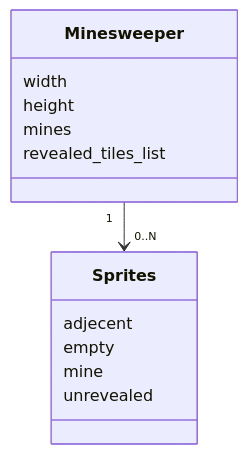
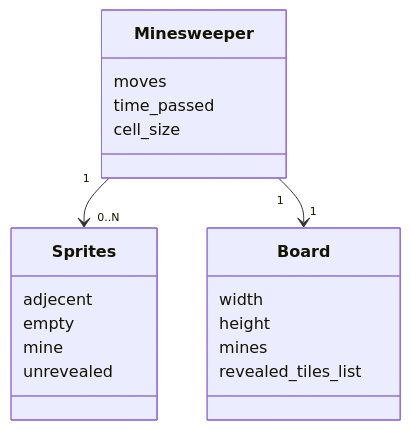
One commit to xelmas/ot-miinaharava changed the first of 2 diagrams in dokumentaatio/arkkitehtuuri.md. Above: the diagram before and after it, drawn with Mermaid. The commit also changed other lines of this file and 3 other files, not shown here.

````diff
--- a/dokumentaatio/arkkitehtuuri.md
+++ b/dokumentaatio/arkkitehtuuri.md
@@ -24,16 +24,22 @@
 ```mermaid
  classDiagram
       Minesweeper "1" --> "0..N" Sprites
+      Minesweeper "1" --> "1" Board
       class Minesweeper {
+        moves
+        time_passed
+        cell_size
+      }
+      class Board {
         width
         height
         mines
         revealed_tiles_list
       }
       class Sprites{
         adjecent
         empty
         mine
         unrevealed
       }
 ```
````
